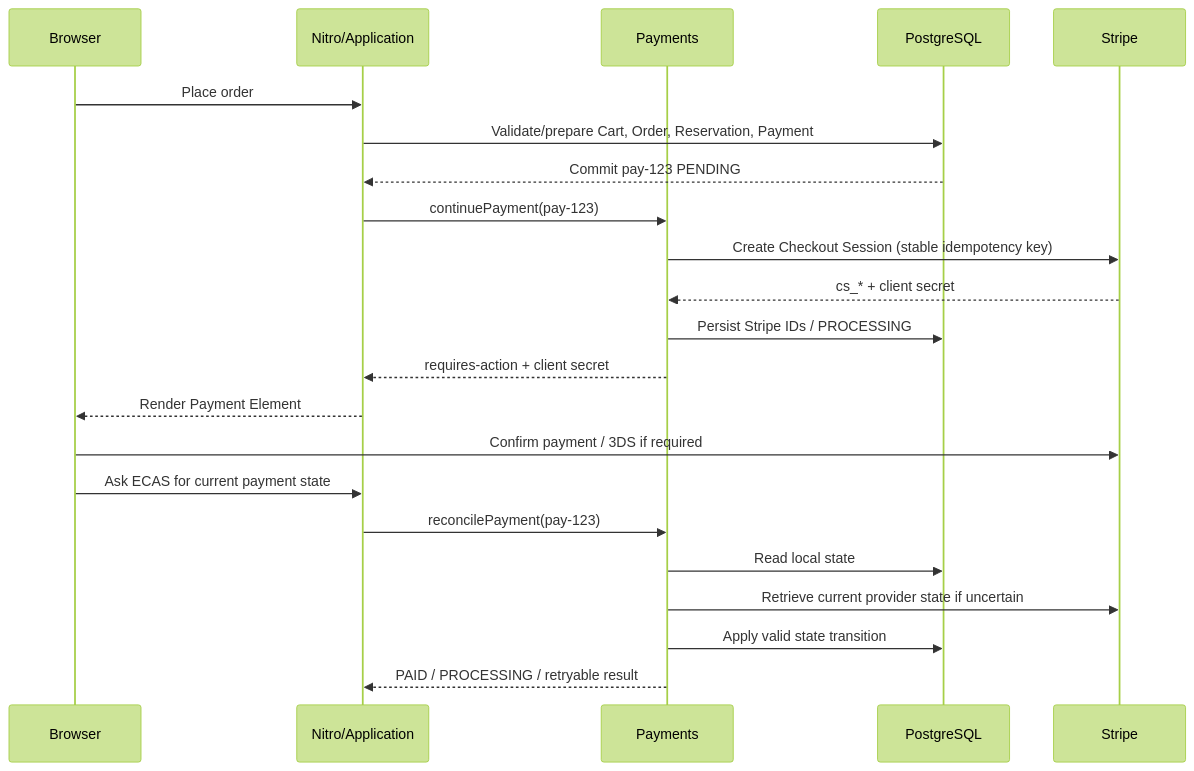
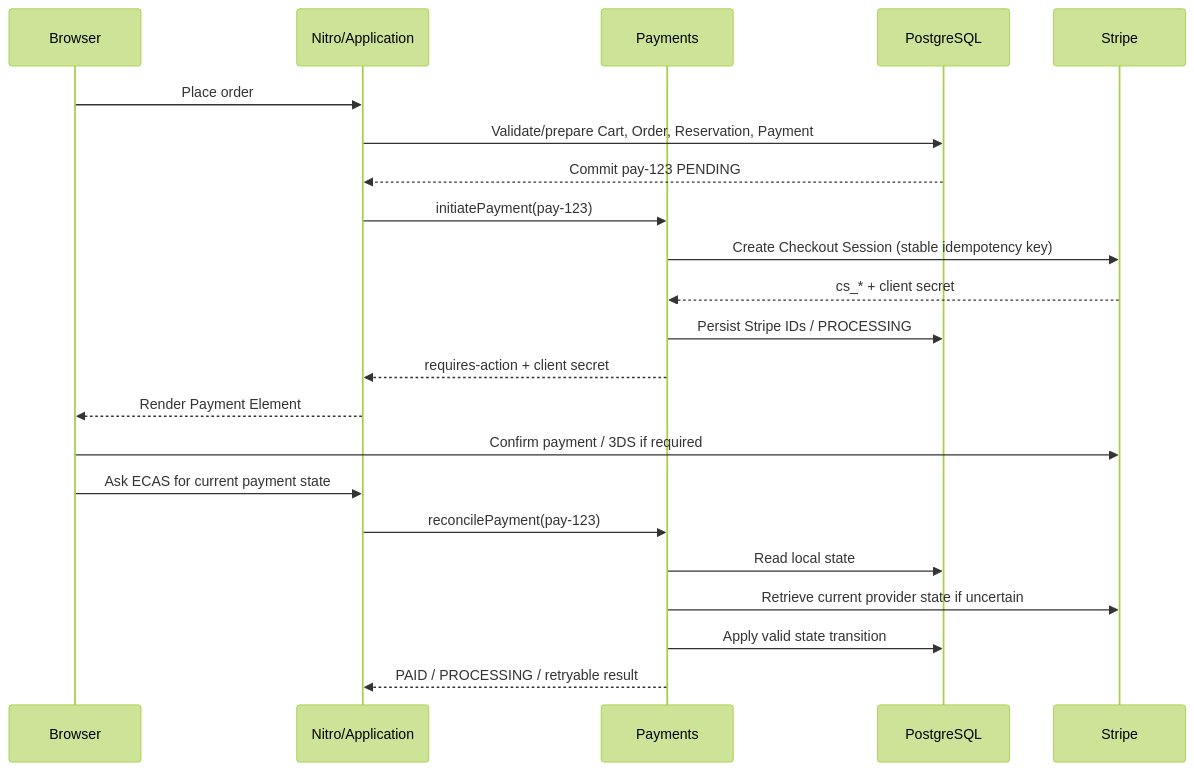
Before and after one commit to caraseli02/agent-Commerce: the first of 2 diagrams in docs/system-design/08-stripe-payment-provider-and-recovery.md, drawn with Mermaid (forest theme). The commit also changed other lines of this file, not shown here.

Commit message:
docs: align Stripe ADR diagrams with payment contract

````diff
--- a/docs/system-design/08-stripe-payment-provider-and-recovery.md
+++ b/docs/system-design/08-stripe-payment-provider-and-recovery.md
@@ -375,25 +375,25 @@
 ```mermaid
 sequenceDiagram
     participant B as Browser
     participant A as Nitro/Application
     participant P as Payments
     participant DB as PostgreSQL
     participant S as Stripe
 
     B->>A: Place order
     A->>DB: Validate/prepare Cart, Order, Reservation, Payment
     DB-->>A: Commit pay-123 PENDING
-    A->>P: continuePayment(pay-123)
+    A->>P: initiatePayment(pay-123)
     P->>S: Create Checkout Session (stable idempotency key)
     S-->>P: cs_* + client secret
     P->>DB: Persist Stripe IDs / PROCESSING
     P-->>A: requires-action + client secret
     A-->>B: Render Payment Element
     B->>S: Confirm payment / 3DS if required
     B->>A: Ask ECAS for current payment state
     A->>P: reconcilePayment(pay-123)
     P->>DB: Read local state
     P->>S: Retrieve current provider state if uncertain
     P->>DB: Apply valid state transition
     P-->>A: PAID / PROCESSING / retryable result
 ```
````
